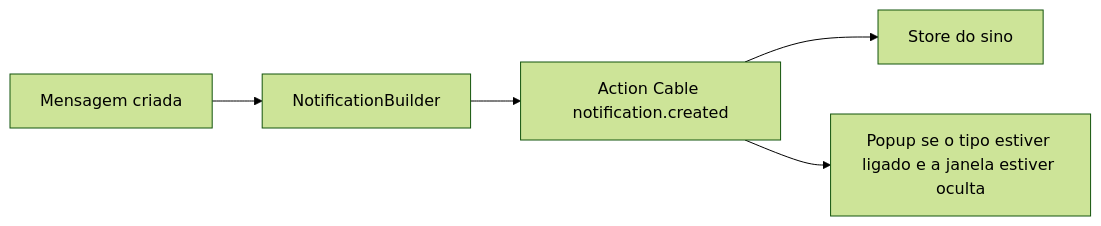
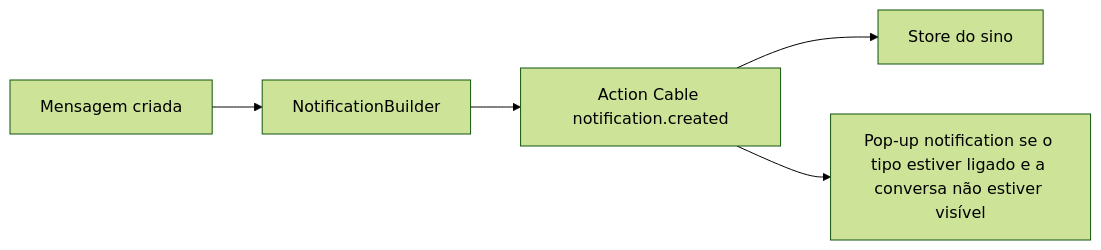
Before and after one commit to cesar-carlos/chatwoot: the diagram in doc/feature/popup-notifications/README.md, drawn with Mermaid (forest theme). The commit also changed other lines of this file and 16 other files, not shown here.

Commit message:
fix(fork): complete popup notification delivery

````diff
--- a/doc/feature/popup-notifications/README.md
+++ b/doc/feature/popup-notifications/README.md
@@ -52,7 +54,7 @@
 ```mermaid
 flowchart LR
   msg[Mensagem criada] --> builder[NotificationBuilder]
   builder --> cable["Action Cable notification.created"]
   cable --> store[Store do sino]
-  cable --> popup["Popup se o tipo estiver ligado e a janela estiver oculta"]
+  cable --> popup["Pop-up notification se o tipo estiver ligado e a conversa não estiver visível"]
 ```
````
